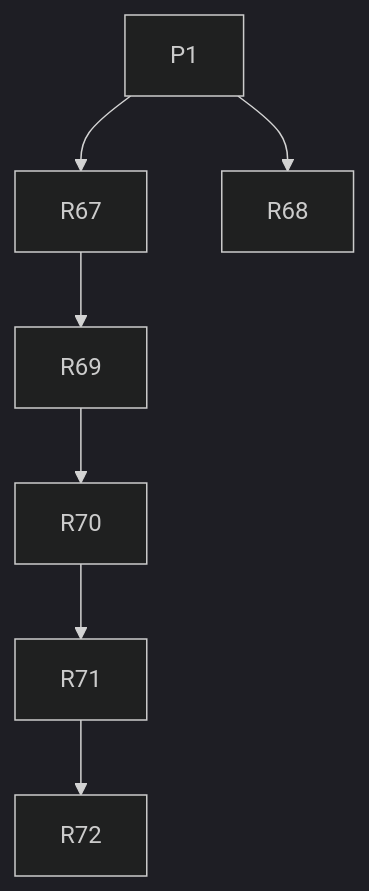
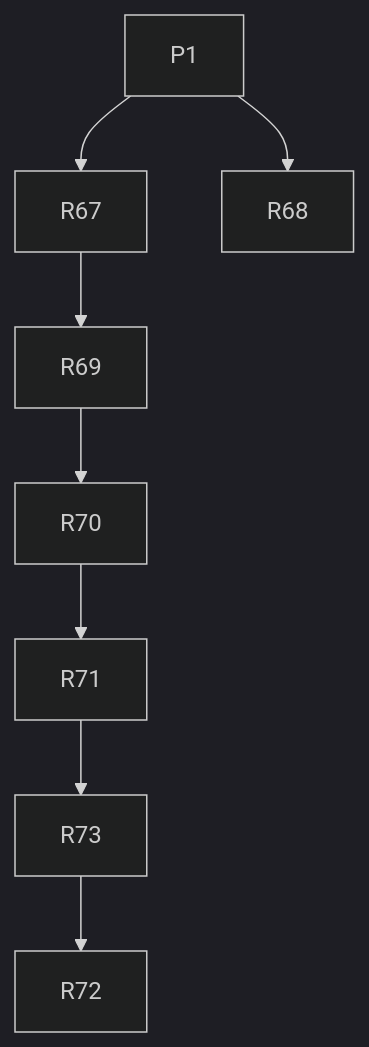
One commit to CipoBaruf/what-is-in-your-sky changed the sixth of 6 diagrams in TASKS.md. Above: the diagram before and after it, drawn with Mermaid (dark theme). The commit also changed other lines of this file and 2 other files, not shown here.

````diff
--- a/TASKS.md
+++ b/TASKS.md
@@ -1646,8 +1676,9 @@
 ```mermaid
 graph TD
   P1 --> R67 & R68
   R67 --> R69
   R69 --> R70
   R70 --> R71
-  R71 --> R72
+  R71 --> R73
+  R73 --> R72
 ```
````
